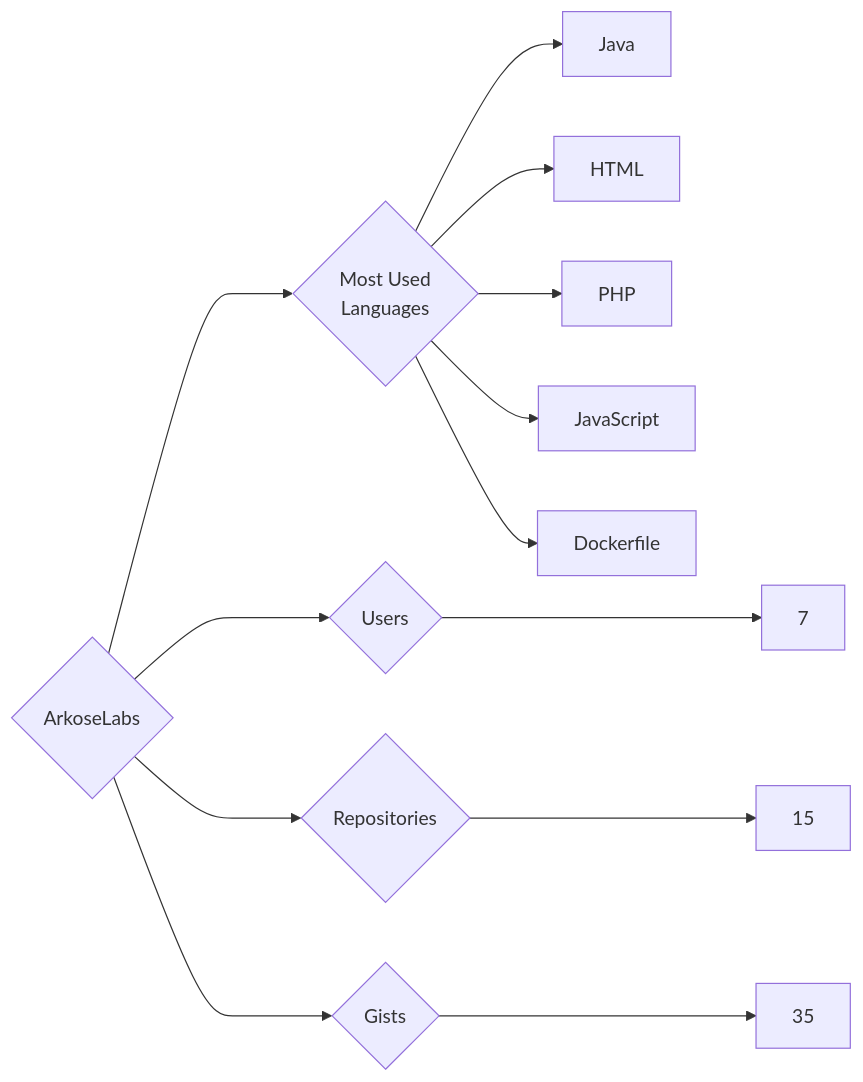
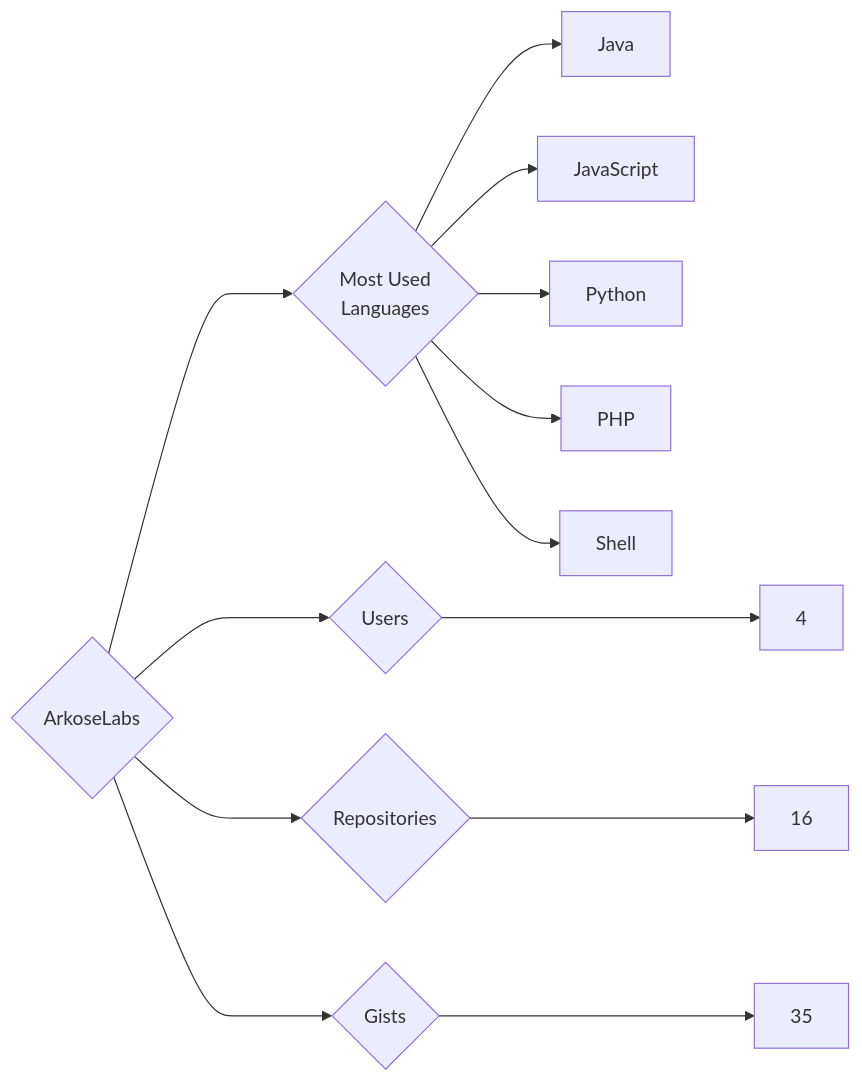
Before and after one commit to trickest/insiders: the diagram in targets/ArkoseLabs/README.md, drawn with Mermaid. The commit also changed 1167 other files, not shown here.

````diff
--- a/targets/ArkoseLabs/README.md
+++ b/targets/ArkoseLabs/README.md
@@ -3,13 +3,13 @@
 ```mermaid
 graph LR
 COMPANY_NAME{ArkoseLabs}
-COMPANY_NAME ---> U{Users} ---> UN[7]
-COMPANY_NAME ---> R{Repositories} ---> RN[15]
+COMPANY_NAME ---> U{Users} ---> UN[4]
+COMPANY_NAME ---> R{Repositories} ---> RN[16]
 COMPANY_NAME ---> G{Gists} ---> GN[35]
 COMPANY_NAME ---> ML{Most Used<br>Languages}
 ML --> Java[Java]
-ML --> HTML[HTML]
+ML --> JavaScript[JavaScript]
+ML --> Python[Python]
 ML --> PHP[PHP]
-ML --> JavaScript[JavaScript]
-ML --> Dockerfile[Dockerfile]
+ML --> Shell[Shell]
 ```
````
